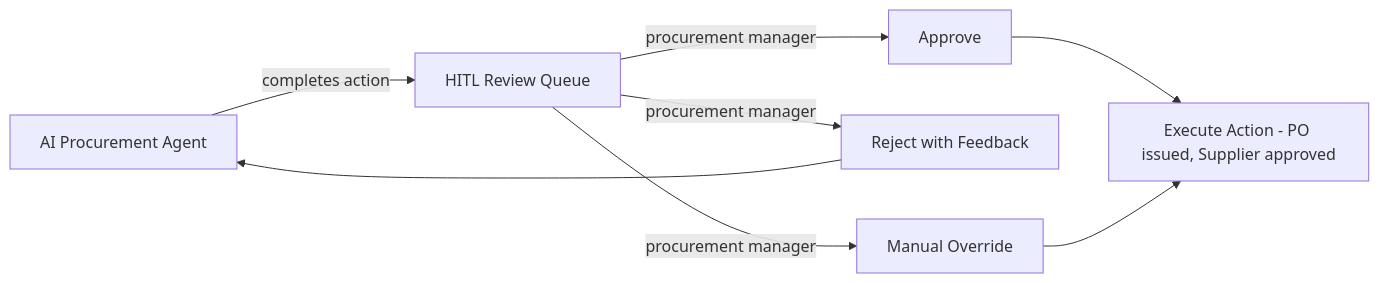
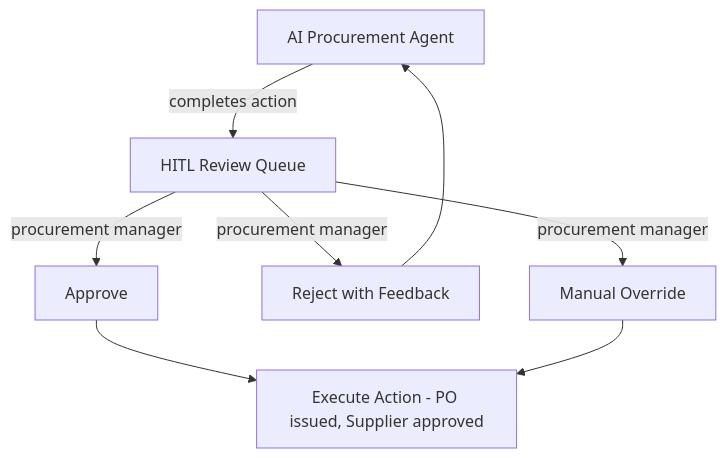
Before and after one commit to Construct-AI-primary/docs-paperclip: the third of 12 diagrams in disciplines/01900-procurement/UI-UX-SPECIFICATION.md, drawn with Mermaid. The commit also changed other lines of this file and 10 other files, not shown here.

````diff
--- a/disciplines/01900-procurement/UI-UX-SPECIFICATION.md
+++ b/disciplines/01900-procurement/UI-UX-SPECIFICATION.md
@@ -167,10 +161,10 @@
 ```mermaid
-flowchart LR
+flowchart TD
     AGENT[AI Procurement Agent] -->|completes action| QUEUE[HITL Review Queue]
     QUEUE -->|procurement manager| APPROVE[Approve]
     QUEUE -->|procurement manager| REJECT[Reject with Feedback]
     QUEUE -->|procurement manager| OVERRIDE[Manual Override]
     APPROVE --> EXECUTE[Execute Action - PO issued, Supplier approved]
     REJECT --> AGENT
     OVERRIDE --> EXECUTE
 ```
````
